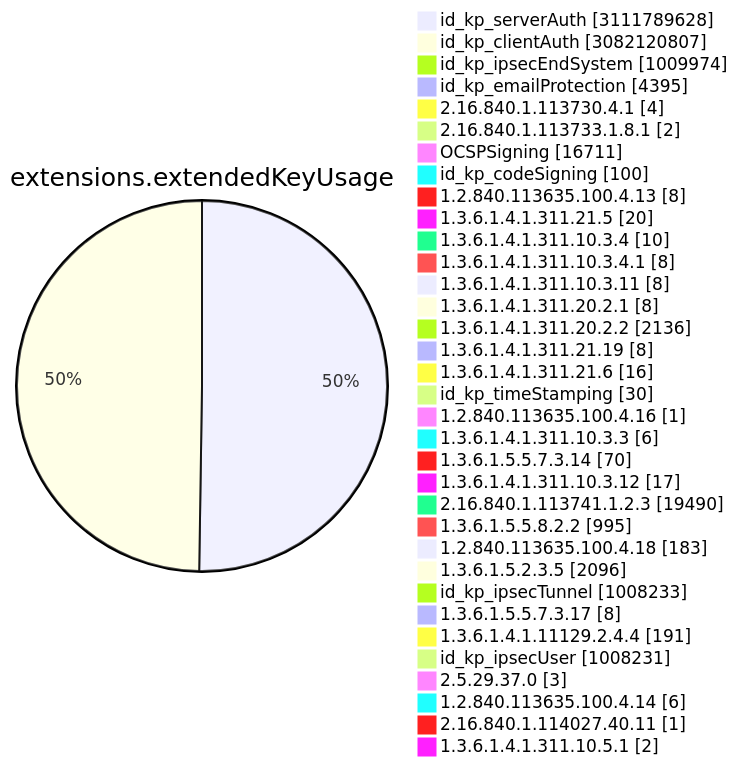
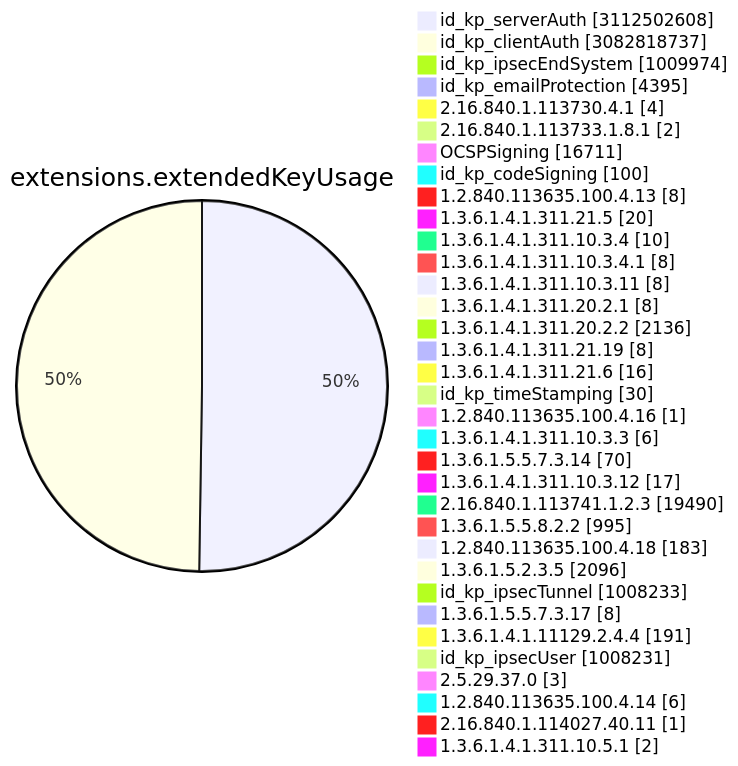
One commit to christiankrug/ctmonitor_visualization changed diagram 11 of 15 in TOTAL/README.md. Above: the diagram before and after it, drawn with Mermaid. The commit also changed other lines of this file, not shown here.

````diff
--- a/TOTAL/README.md
+++ b/TOTAL/README.md
@@ -4119,38 +4119,38 @@
 ```mermaid
 pie showData
 title extensions.extendedKeyUsage
-"id_kp_serverAuth" :3111789628
-"id_kp_clientAuth" :3082120807
+"id_kp_serverAuth" :3112502608
+"id_kp_clientAuth" :3082818737
 "id_kp_ipsecEndSystem" :1009974
 "id_kp_emailProtection" :4395
 "2.16.840.1.113730.4.1" :4
 "2.16.840.1.113733.1.8.1" :2
 "OCSPSigning" :16711
 "id_kp_codeSigning" :100
 "1.2.840.113635.100.4.13" :8
 "1.3.6.1.4.1.311.21.5" :20
 "1.3.6.1.4.1.311.10.3.4" :10
 "1.3.6.1.4.1.311.10.3.4.1" :8
 "1.3.6.1.4.1.311.10.3.11" :8
 "1.3.6.1.4.1.311.20.2.1" :8
 "1.3.6.1.4.1.311.20.2.2" :2136
 "1.3.6.1.4.1.311.21.19" :8
 "1.3.6.1.4.1.311.21.6" :16
 "id_kp_timeStamping" :30
 "1.2.840.113635.100.4.16" :1
 "1.3.6.1.4.1.311.10.3.3" :6
 "1.3.6.1.5.5.7.3.14" :70
 "1.3.6.1.4.1.311.10.3.12" :17
 "2.16.840.1.113741.1.2.3" :19490
 "1.3.6.1.5.5.8.2.2" :995
 "1.2.840.113635.100.4.18" :183
 "1.3.6.1.5.2.3.5" :2096
 "id_kp_ipsecTunnel" :1008233
 "1.3.6.1.5.5.7.3.17" :8
 "1.3.6.1.4.1.11129.2.4.4" :191
 "id_kp_ipsecUser" :1008231
 "2.5.29.37.0" :3
 "1.2.840.113635.100.4.14" :6
 "2.16.840.1.114027.40.11" :1
 "1.3.6.1.4.1.311.10.5.1" :2
 ```
````
